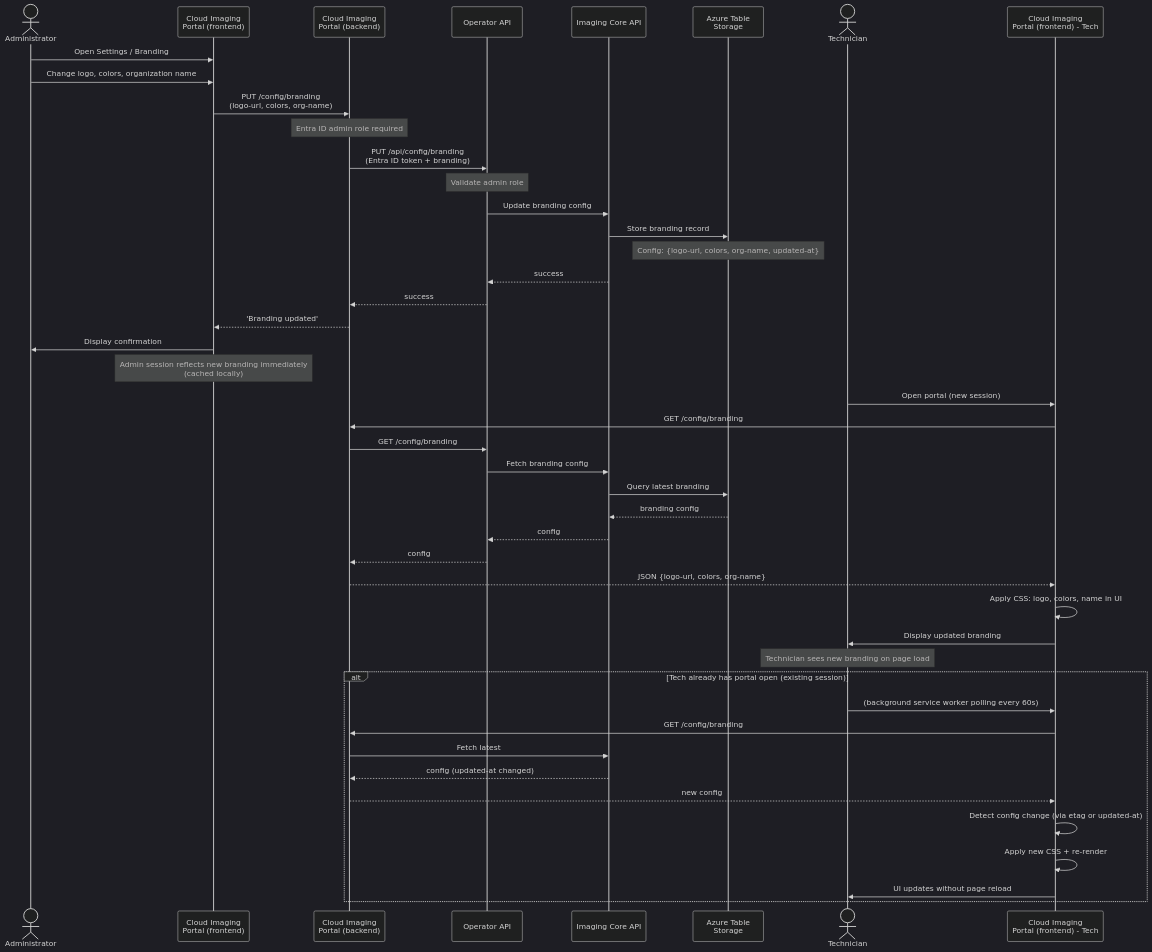
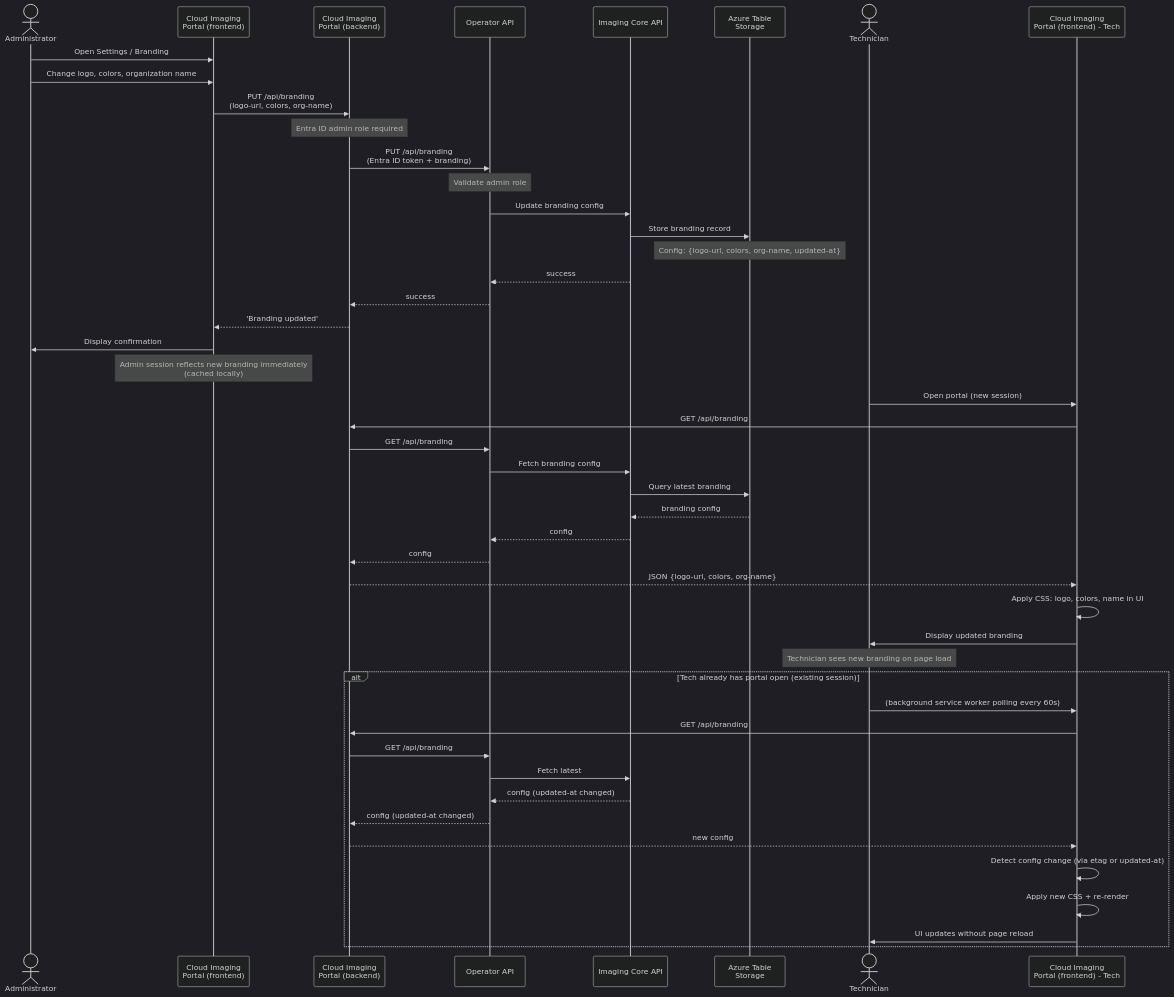
One commit to MSEndpointMgr/CloudImaging changed the diagram in specs/001-cloud-windows-imaging/diagrams/branding-update-runtime-refresh.md. Above: the diagram before and after it, drawn with Mermaid (dark theme). The commit also changed 22 other files, not shown here.

````diff
--- a/specs/001-cloud-windows-imaging/diagrams/branding-update-runtime-refresh.md
+++ b/specs/001-cloud-windows-imaging/diagrams/branding-update-runtime-refresh.md
@@ -5,53 +5,55 @@
 ```mermaid
 sequenceDiagram
     actor Admin as Administrator
     participant Portal as Cloud Imaging<br/>Portal (frontend)
     participant PortalBackend as Cloud Imaging<br/>Portal (backend)
     participant OperatorAPI as Operator API
     participant ImagingCore as Imaging Core API
     participant MetadataStore as Azure Table<br/>Storage
     actor Tech as Technician
     participant PortalFront2 as Cloud Imaging<br/>Portal (frontend) - Tech
 
     Admin->>Portal: Open Settings / Branding
     Admin->>Portal: Change logo, colors, organization name
-    Portal->>PortalBackend: PUT /config/branding<br/>(logo-url, colors, org-name)
+    Portal->>PortalBackend: PUT /api/branding<br/>(logo-url, colors, org-name)
     Note over PortalBackend: Entra ID admin role required
     
-    PortalBackend->>OperatorAPI: PUT /api/config/branding<br/>(Entra ID token + branding)
+    PortalBackend->>OperatorAPI: PUT /api/branding<br/>(Entra ID token + branding)
     Note over OperatorAPI: Validate admin role
     OperatorAPI->>ImagingCore: Update branding config
     ImagingCore->>MetadataStore: Store branding record
     Note over MetadataStore: Config: {logo-url, colors, org-name, updated-at}
     ImagingCore-->>OperatorAPI: success
     OperatorAPI-->>PortalBackend: success
     PortalBackend-->>Portal: 'Branding updated'
     Portal->>Admin: Display confirmation
     
     Note over Portal: Admin session reflects new branding immediately<br/>(cached locally)
     
     Tech->>PortalFront2: Open portal (new session)
-    PortalFront2->>PortalBackend: GET /config/branding
-    PortalBackend->>OperatorAPI: GET /config/branding
+    PortalFront2->>PortalBackend: GET /api/branding
+    PortalBackend->>OperatorAPI: GET /api/branding
     OperatorAPI->>ImagingCore: Fetch branding config
     ImagingCore->>MetadataStore: Query latest branding
     MetadataStore-->>ImagingCore: branding config
     ImagingCore-->>OperatorAPI: config
     OperatorAPI-->>PortalBackend: config
     PortalBackend-->>PortalFront2: JSON {logo-url, colors, org-name}
     PortalFront2->>PortalFront2: Apply CSS: logo, colors, name in UI
     PortalFront2->>Tech: Display updated branding
 
     Note over Tech: Technician sees new branding on page load
     
     alt Tech already has portal open (existing session)
         Tech->>PortalFront2: (background service worker polling every 60s)
-        PortalFront2->>PortalBackend: GET /config/branding
-        PortalBackend->>ImagingCore: Fetch latest
-        ImagingCore-->>PortalBackend: config (updated-at changed)
+        PortalFront2->>PortalBackend: GET /api/branding
+        PortalBackend->>OperatorAPI: GET /api/branding
+        OperatorAPI->>ImagingCore: Fetch latest
+        ImagingCore-->>OperatorAPI: config (updated-at changed)
+        OperatorAPI-->>PortalBackend: config (updated-at changed)
         PortalBackend-->>PortalFront2: new config
         PortalFront2->>PortalFront2: Detect config change (via etag or updated-at)
         PortalFront2->>PortalFront2: Apply new CSS + re-render
         PortalFront2->>Tech: UI updates without page reload
     end
 ```
````
